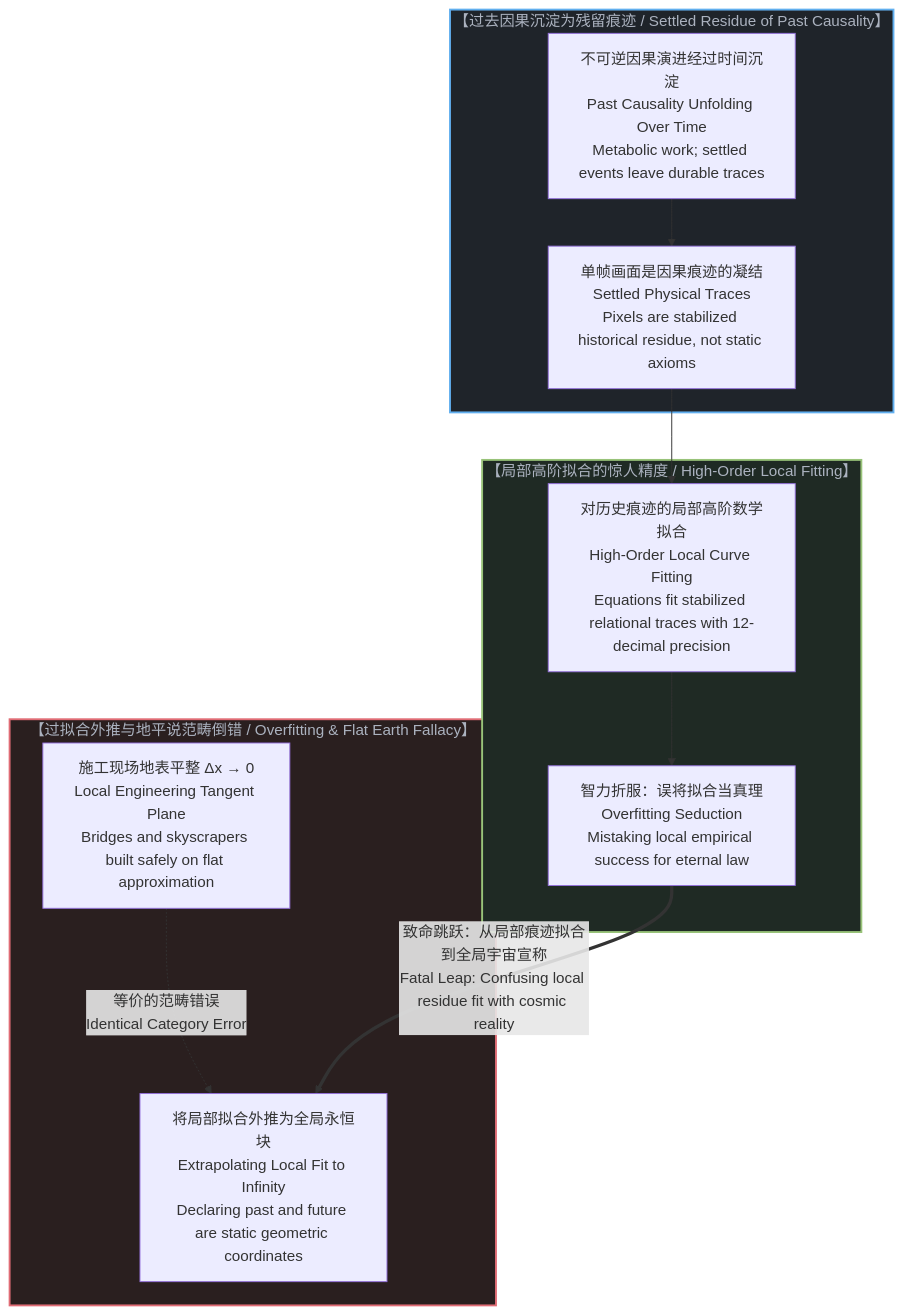
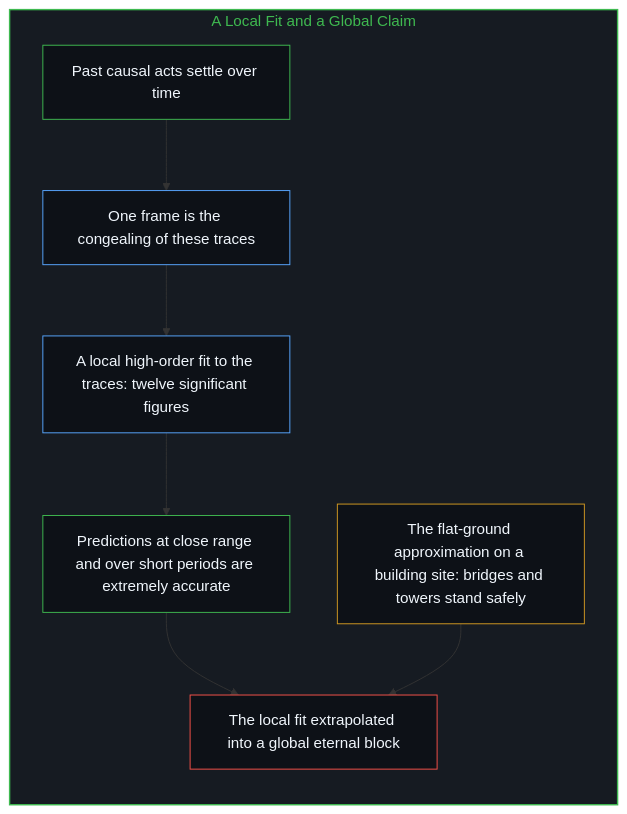
Before and after one commit to powerpig99/not-a-toe: the sixth of 12 diagrams in content/posts/the-black-and-white-sample-frame-and-the-extrapolated-universe.md, drawn with Mermaid. The commit also changed other lines of this file and 2 other files, not shown here.

Commit message:
Refine the-black-and-white-sample-frame: alternating bilingual layout, six paired diagrams, constants as readings, implicit first person

````diff
--- a/content/posts/the-black-and-white-sample-frame-and-the-extrapolated-universe.md
+++ b/content/posts/the-black-and-white-sample-frame-and-the-extrapolated-universe.md
@@ -129,27 +185,25 @@
 ```mermaid
-graph TD
-    subgraph CausalResidueSource["【过去因果沉淀为残留痕迹 / Settled Residue of Past Causality】"]
-        PastCausality["不可逆因果演进经过时间沉淀<br>Past Causality Unfolding Over Time<br>Metabolic work; settled events leave durable traces"]
-        FrozenResidue["单帧画面是因果痕迹的凝结<br>Settled Physical Traces<br>Pixels are stabilized historical residue, not static axioms"]
-        PastCausality --> FrozenResidue
+flowchart TD
+    subgraph S_Fit["A Local Fit and a Global Claim"]
+        direction TB
+        Past["Past causal acts settle over time"]
+        Trace["One frame is the congealing of these traces"]
+        Fit["A local high-order fit to the traces: twelve significant figures"]
+        Near["Predictions at close range and over short periods are extremely accurate"]
+        Site["The flat-ground approximation on a building site: bridges and towers stand safely"]
+        Whole["The local fit extrapolated into a global eternal block"]
+        Past --> Trace
+        Trace --> Fit
+        Fit --> Near
+        Near --> Whole
+        Site --> Whole
     end
 
-    subgraph LocalSampleSuccess["【局部高阶拟合的惊人精度 / High-Order Local Fitting】"]
-        HighOrderFit["对历史痕迹的局部高阶数学拟合<br>High-Order Local Curve Fitting<br>Equations fit stabilized relational traces with 12-decimal precision"]
-        IntellectualAwe["智力折服：误将拟合当真理<br>Overfitting Seduction<br>Mistaking local empirical success for eternal law"]
-        FrozenResidue --> HighOrderFit
-        HighOrderFit --> IntellectualAwe
-    end
-
-    subgraph TheCategoryFallacy["【过拟合外推与地平说范畴倒错 / Overfitting & Flat Earth Fallacy】"]
-        FlatConstruction["施工现场地表平整 Δx → 0<br>Local Engineering Tangent Plane<br>Bridges and skyscrapers built safely on flat approximation"]
-        CosmicBlockExtrapolation["将局部拟合外推为全局永恒块<br>Extrapolating Local Fit to Infinity<br>Declaring past and future are static geometric coordinates"]
-        FlatConstruction -.->|"等价的范畴错误<br>Identical Category Error"| CosmicBlockExtrapolation
-    end
-
-    IntellectualAwe ==>|"致命跳跃：从局部痕迹拟合到全局宇宙宣称<br>Fatal Leap: Confusing local residue fit with cosmic reality"| CosmicBlockExtrapolation
-
-    style CausalResidueSource fill:#1f242a,stroke:#61afef,stroke-width:2px,color:#abb2bf
-    style LocalSampleSuccess fill:#1f2a24,stroke:#98c379,stroke-width:2px,color:#abb2bf
-    style TheCategoryFallacy fill:#2a1f1f,stroke:#e06c75,stroke-width:2px,color:#abb2bf
+    style S_Fit fill:#161b22,stroke:#3fb950,stroke-width:1.5px,color:#3fb950
+    style Past fill:#0d1117,stroke:#3fb950,stroke-width:1px,color:#f0f6fc
+    style Trace fill:#0d1117,stroke:#58a6ff,stroke-width:1px,color:#f0f6fc
+    style Fit fill:#0d1117,stroke:#58a6ff,stroke-width:1px,color:#f0f6fc
+    style Near fill:#0d1117,stroke:#3fb950,stroke-width:1px,color:#f0f6fc
+    style Site fill:#0d1117,stroke:#d29922,stroke-width:1px,color:#f0f6fc
+    style Whole fill:#0d1117,stroke:#f85149,stroke-width:1px,color:#f0f6fc
 ```
````
